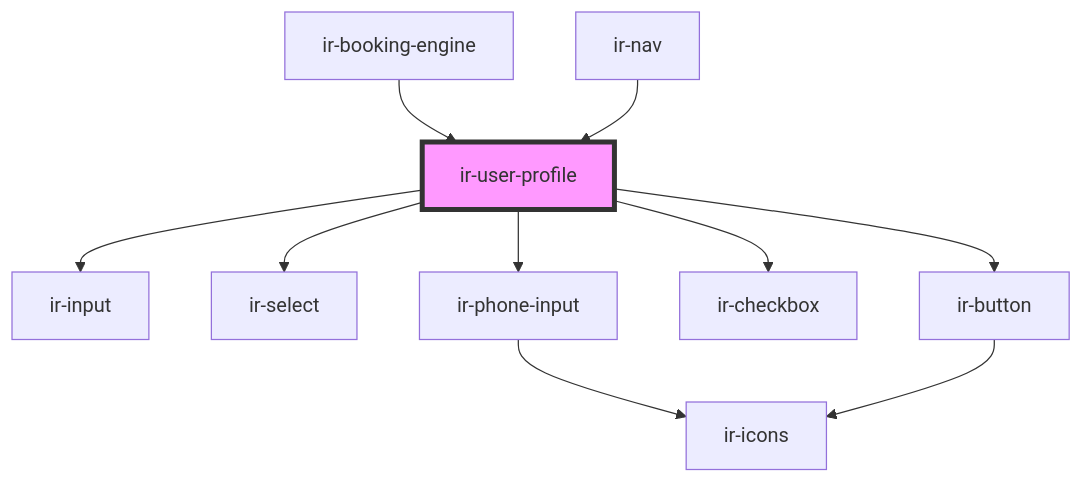
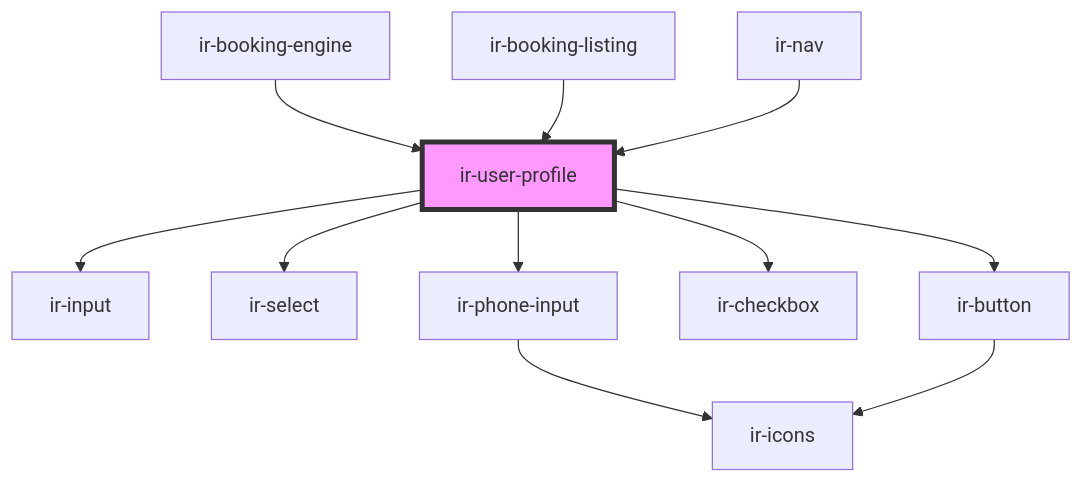
The diagram in src/components/ir-booking-engine/ir-nav/ir-user-profile/readme.md (RonyRizk/ir-be), drawn with Mermaid before and after one commit. The commit also changed other lines of this file and 46 other files, not shown here.

````diff
--- a/src/components/ir-booking-engine/ir-nav/ir-user-profile/readme.md
+++ b/src/components/ir-booking-engine/ir-nav/ir-user-profile/readme.md
@@ -31,13 +33,14 @@
 ```mermaid
 graph TD;
   ir-user-profile --> ir-input
   ir-user-profile --> ir-select
   ir-user-profile --> ir-phone-input
   ir-user-profile --> ir-checkbox
   ir-user-profile --> ir-button
   ir-phone-input --> ir-icons
   ir-button --> ir-icons
   ir-booking-engine --> ir-user-profile
+  ir-booking-listing --> ir-user-profile
   ir-nav --> ir-user-profile
   style ir-user-profile fill:#f9f,stroke:#333,stroke-width:4px
 ```
````
